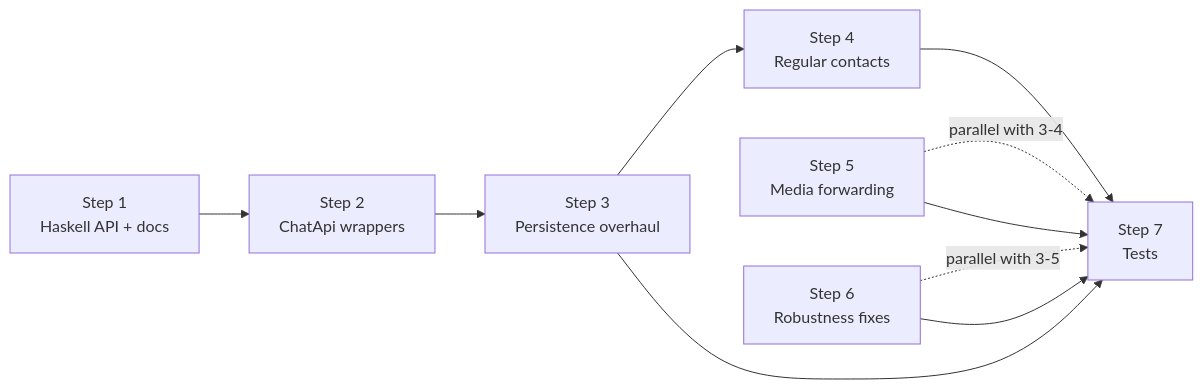
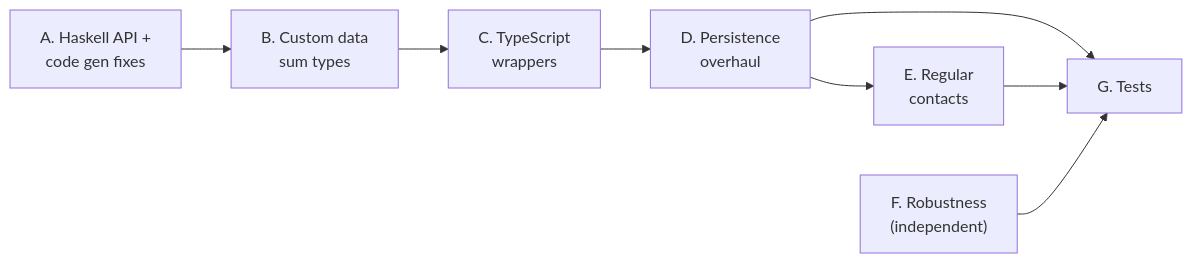
One commit to simplex-chat/simplex-chat changed the third of 3 diagrams in docs/plans/support-bot.md. Above: the diagram before and after it, drawn with Mermaid. The commit also changed other lines of this file, not shown here.

````diff
--- a/docs/plans/support-bot.md
+++ b/docs/plans/support-bot.md
@@ -834,14 +542,11 @@
 ```mermaid
 graph LR
-    S1["Step 1<br/>Haskell API + docs"] --> S2["Step 2<br/>ChatApi wrappers"]
-    S2 --> S3["Step 3<br/>Persistence overhaul"]
-    S3 --> S4["Step 4<br/>Regular contacts"]
+    A["A. Haskell API +<br/>code gen fixes"] --> B["B. Custom data<br/>sum types"]
+    B --> C["C. TypeScript<br/>wrappers"]
+    C --> D["D. Persistence<br/>overhaul"]
+    D --> E["E. Regular<br/>contacts"]
 
-    S5["Step 5<br/>Media forwarding"] -.->|parallel with 3-4| S7
-    S6["Step 6<br/>Robustness fixes"] -.->|parallel with 3-5| S7
-
-    S3 --> S7["Step 7<br/>Tests"]
-    S4 --> S7
-    S5 --> S7
-    S6 --> S7
+    D --> G["G. Tests"]
+    E --> G
+    F["F. Robustness<br/>(independent)"] --> G
 ```
````
